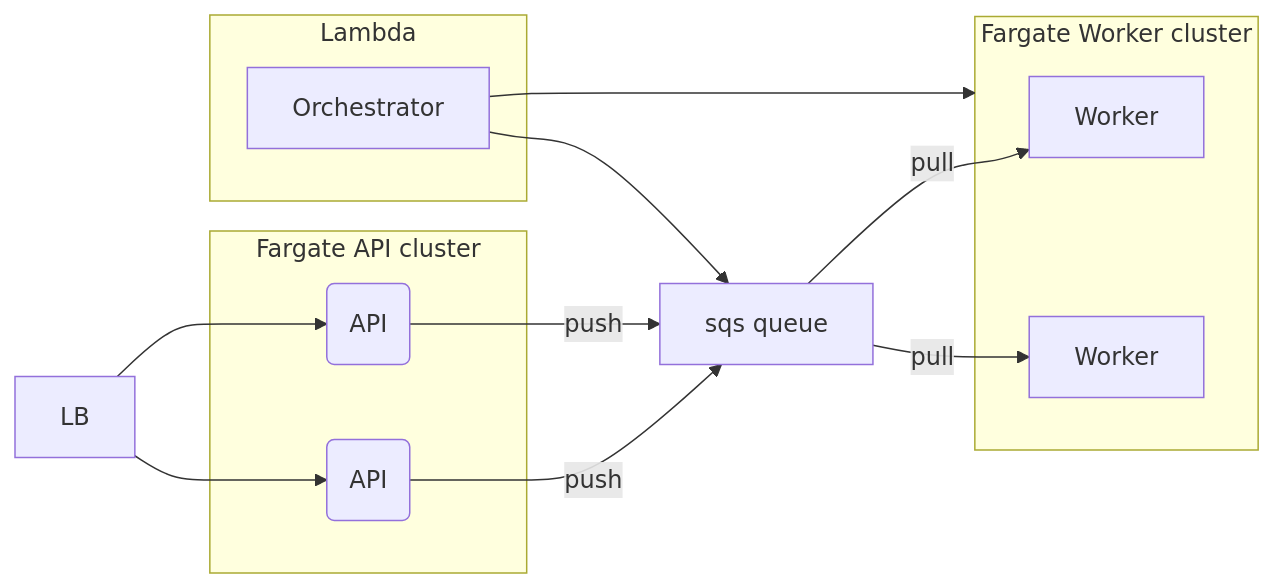
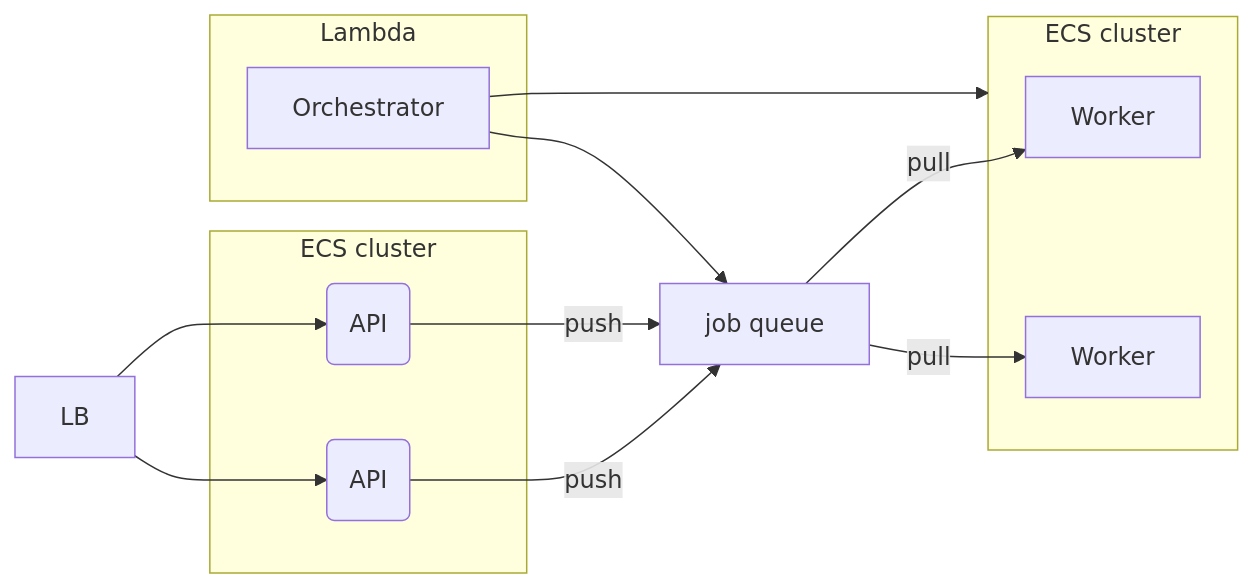
The seventh of 7 diagrams in README.md (pavradev/data-analytics-app-architecture-aws), drawn with Mermaid before and after one commit. The commit also changed other lines of this file, not shown here.

````diff
--- a/README.md
+++ b/README.md
@@ -74,17 +108,17 @@
 ```mermaid
   flowchart LR
   lb[LB] --> api1(API) & api2(API) --push--> q1
-  subgraph c1 [Fargate API cluster]
+  subgraph c1 [ECS cluster]
       api1
       api2
   end
-  q1[sqs queue] --pull--> w1[Worker] & w2[Worker]
-  subgraph c2 [Fargate Worker cluster]
+  q1[job queue] --pull--> w1[Worker] & w2[Worker]
+  subgraph c2 [ECS cluster]
       w1
       w2
   end
   subgraph l[Lambda]
       l1[Orchestrator]
   end
   l1[Orchestrator] --> c2 & q1
 ```
````
